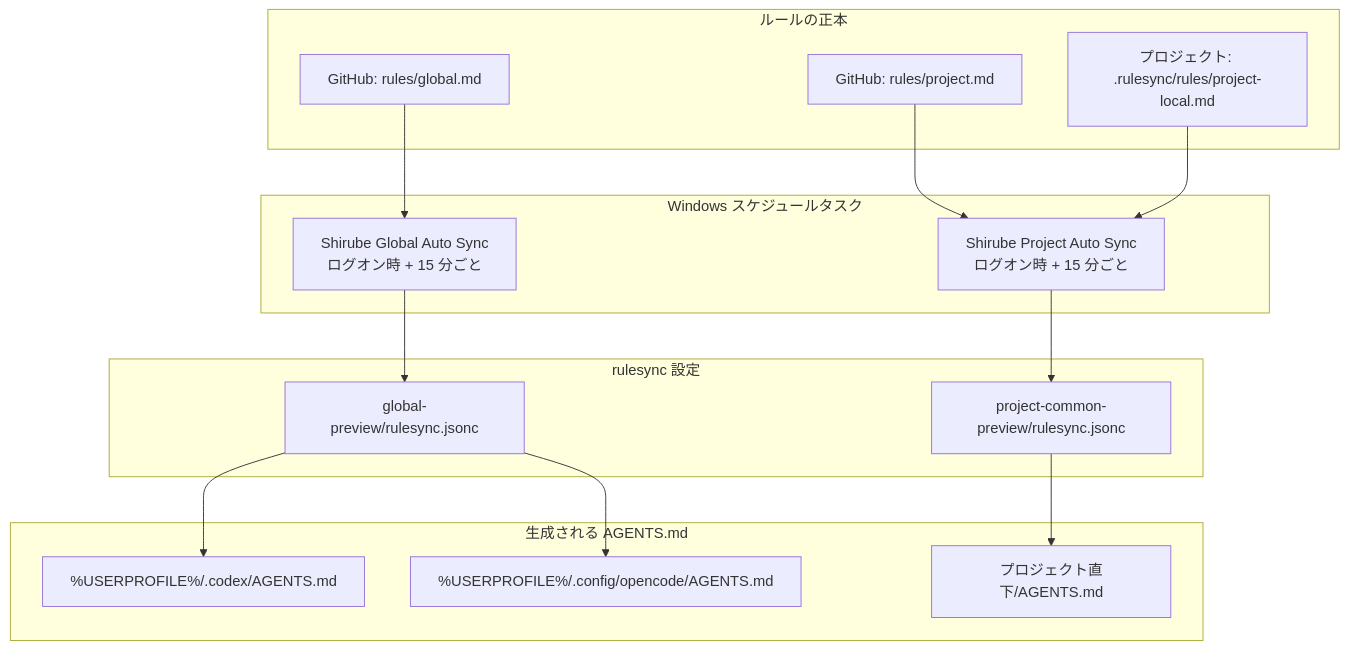
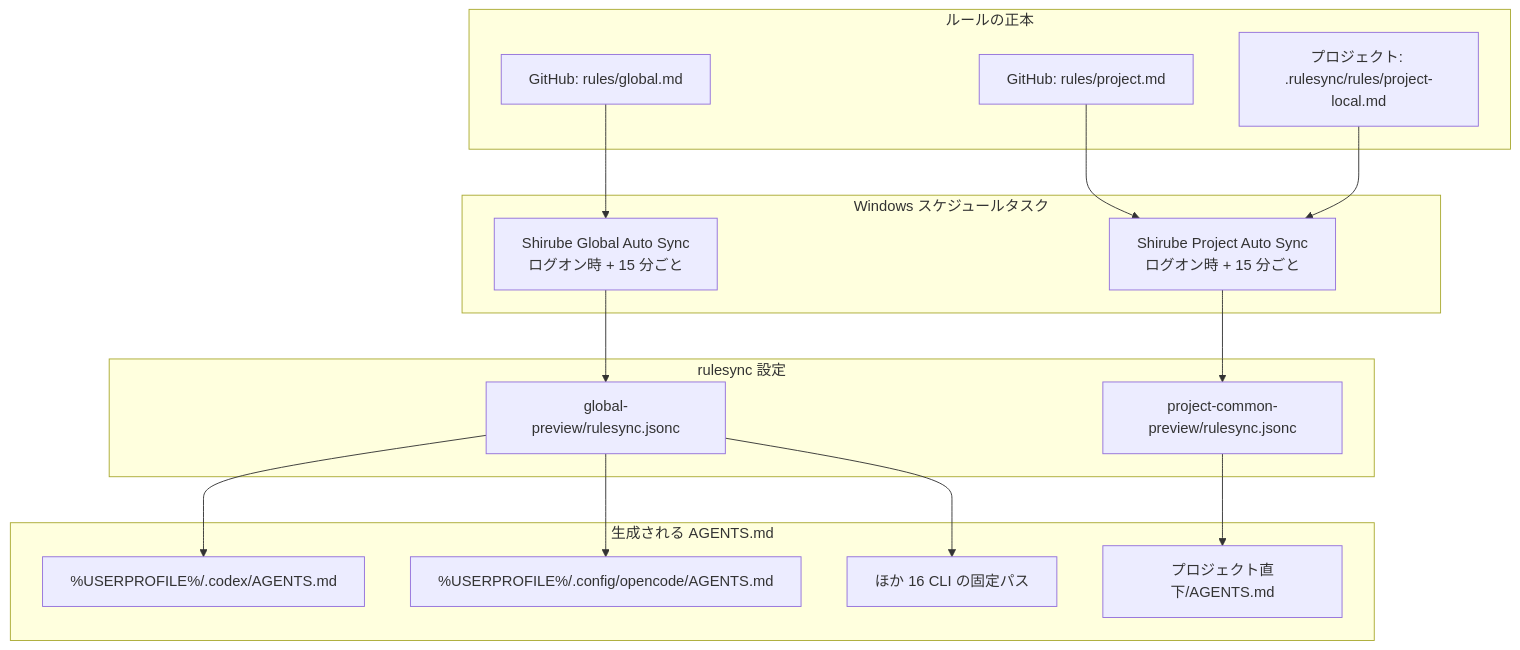
Before and after one commit to Fizor-drm/Shirube: the diagram in README.md, drawn with Mermaid. The commit also changed other lines of this file and 2 other files, not shown here.

````diff
--- a/README.md
+++ b/README.md
@@ -27,31 +27,33 @@
 ```mermaid
 flowchart TB
   subgraph S [ルールの正本]
     G["GitHub: rules/global.md"]
     P["GitHub: rules/project.md"]
     L["プロジェクト: .rulesync/rules/project-local.md"]
   end
 
   subgraph T [Windows スケジュールタスク]
     TG["Shirube Global Auto Sync<br/>ログオン時 + 15 分ごと"]
     TP["Shirube Project Auto Sync<br/>ログオン時 + 15 分ごと"]
   end
 
   subgraph C [rulesync 設定]
     CG["global-preview/rulesync.jsonc"]
     CP["project-common-preview/rulesync.jsonc"]
   end
 
   subgraph O [生成される AGENTS.md]
     OG["%USERPROFILE%/.codex/AGENTS.md"]
     OO["%USERPROFILE%/.config/opencode/AGENTS.md"]
+    OX["ほか 16 CLI の固定パス"]
     OP["プロジェクト直下/AGENTS.md"]
   end
 
   G --> TG --> CG
   CG --> OG
   CG --> OO
+  CG --> OX
   P --> TP
   L --> TP
   TP --> CP --> OP
 ```
````
